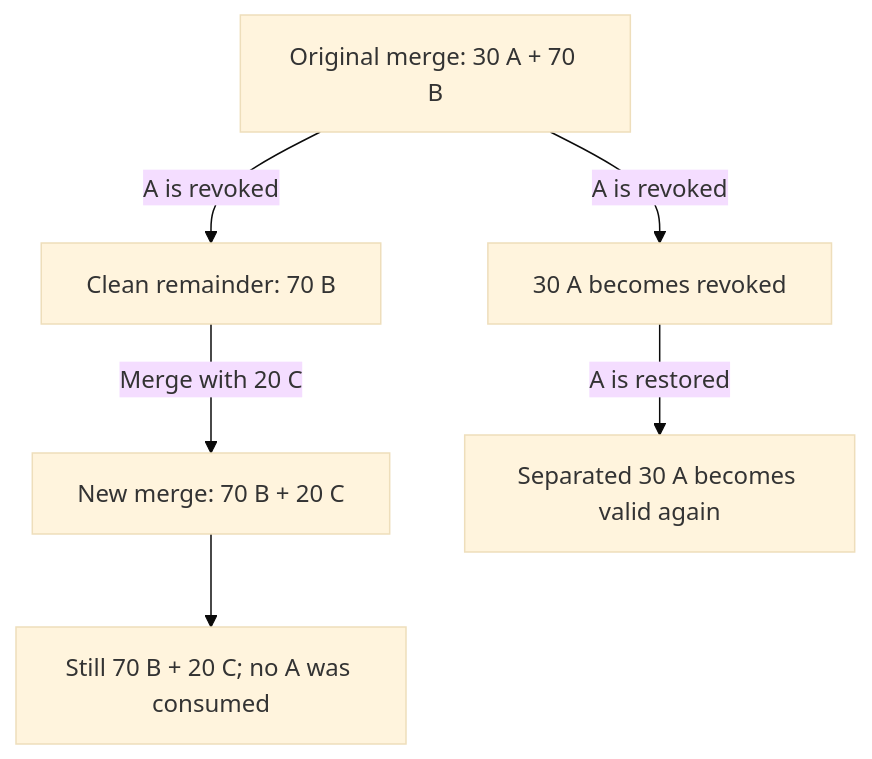
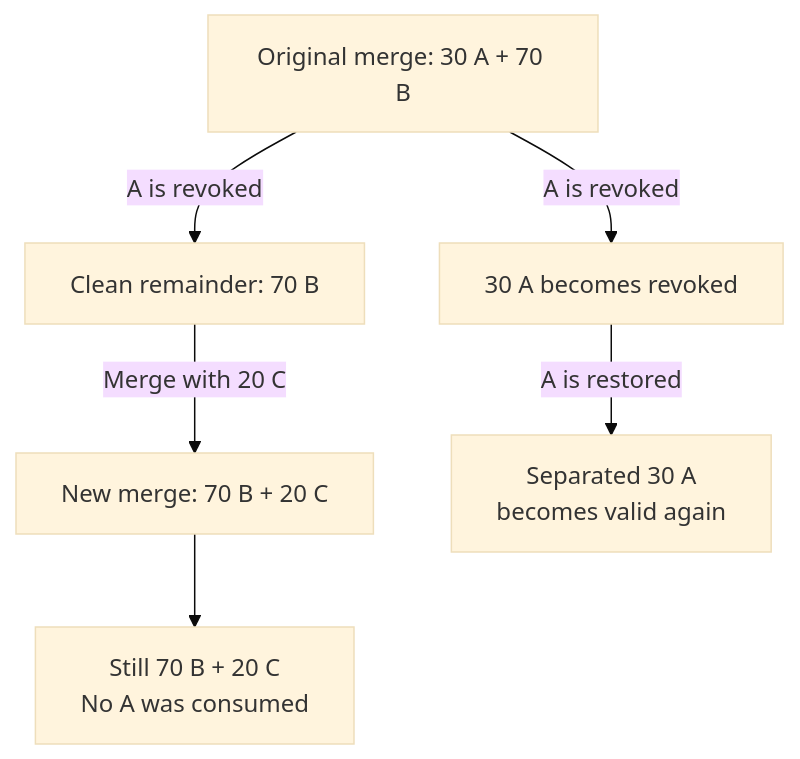
One commit to BURST-UBI/protocol changed the second of 2 diagrams in docs/introduction/ECONOMICS.md. Above: the diagram before and after it, drawn with Mermaid (base theme). The commit also changed other lines of this file and 19 other files, not shown here.

````diff
--- a/docs/introduction/ECONOMICS.md
+++ b/docs/introduction/ECONOMICS.md
@@ -91,8 +93,10 @@
 ```mermaid
 flowchart TD
+    accTitle: Revocation and a later merge
+    accDescr: Revoking origin A separates its 30 units from 70 clean units of B. Merging B with 20 units of C excludes A. Restoring A makes its separated units valid again without adding them to the newer merge.
     M["Original merge: 30 A + 70 B"] -->|A is revoked| R["30 A becomes revoked"]
     M -->|A is revoked| B["Clean remainder: 70 B"]
     B -->|Merge with 20 C| N["New merge: 70 B + 20 C"]
-    R -->|A is restored| A["Separated 30 A becomes valid again"]
-    N --> U["Still 70 B + 20 C; no A was consumed"]
+    R -->|A is restored| A["Separated 30 A<br/>becomes valid again"]
+    N --> U["Still 70 B + 20 C<br/>No A was consumed"]
 ```
````
